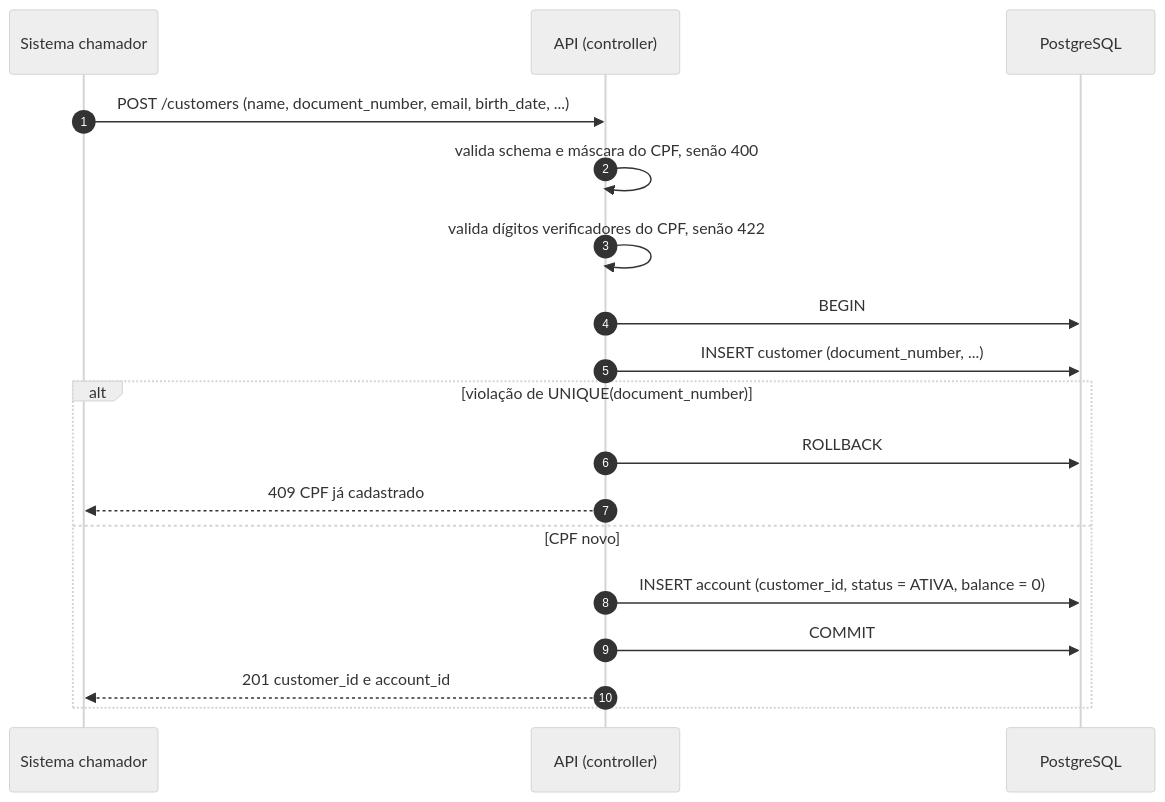
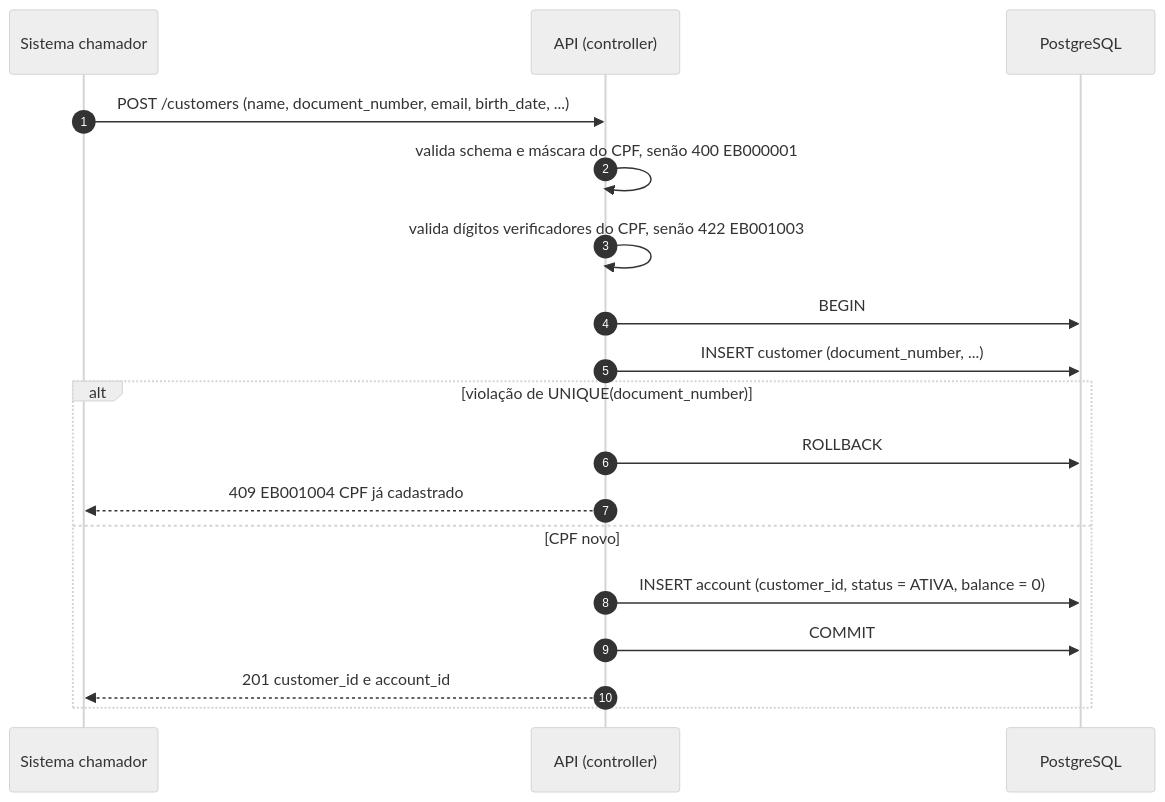
Before and after one commit to fernandobvm/bootcamp-qi-26-bankrepo: the second of 10 diagrams in bootcamp-rfc-modelo.md, drawn with Mermaid (neutral theme). The commit also changed other lines of this file and 1 other file, not shown here.

````diff
--- a/bootcamp-rfc-modelo.md
+++ b/bootcamp-rfc-modelo.md
@@ -186,21 +215,21 @@
 ```mermaid
 sequenceDiagram
     autonumber
     participant S as Sistema chamador
     participant API as API (controller)
     participant DB as PostgreSQL
 
     S->>API: POST /customers (name, document_number, email, birth_date, ...)
-    API->>API: valida schema e máscara do CPF, senão 400
-    API->>API: valida dígitos verificadores do CPF, senão 422
+    API->>API: valida schema e máscara do CPF, senão 400 EB000001
+    API->>API: valida dígitos verificadores do CPF, senão 422 EB001003
     API->>DB: BEGIN
     API->>DB: INSERT customer (document_number, ...)
     alt violação de UNIQUE(document_number)
         API->>DB: ROLLBACK
-        API-->>S: 409 CPF já cadastrado
+        API-->>S: 409 EB001004 CPF já cadastrado
     else CPF novo
         API->>DB: INSERT account (customer_id, status = ATIVA, balance = 0)
         API->>DB: COMMIT
         API-->>S: 201 customer_id e account_id
     end
 ```
````
